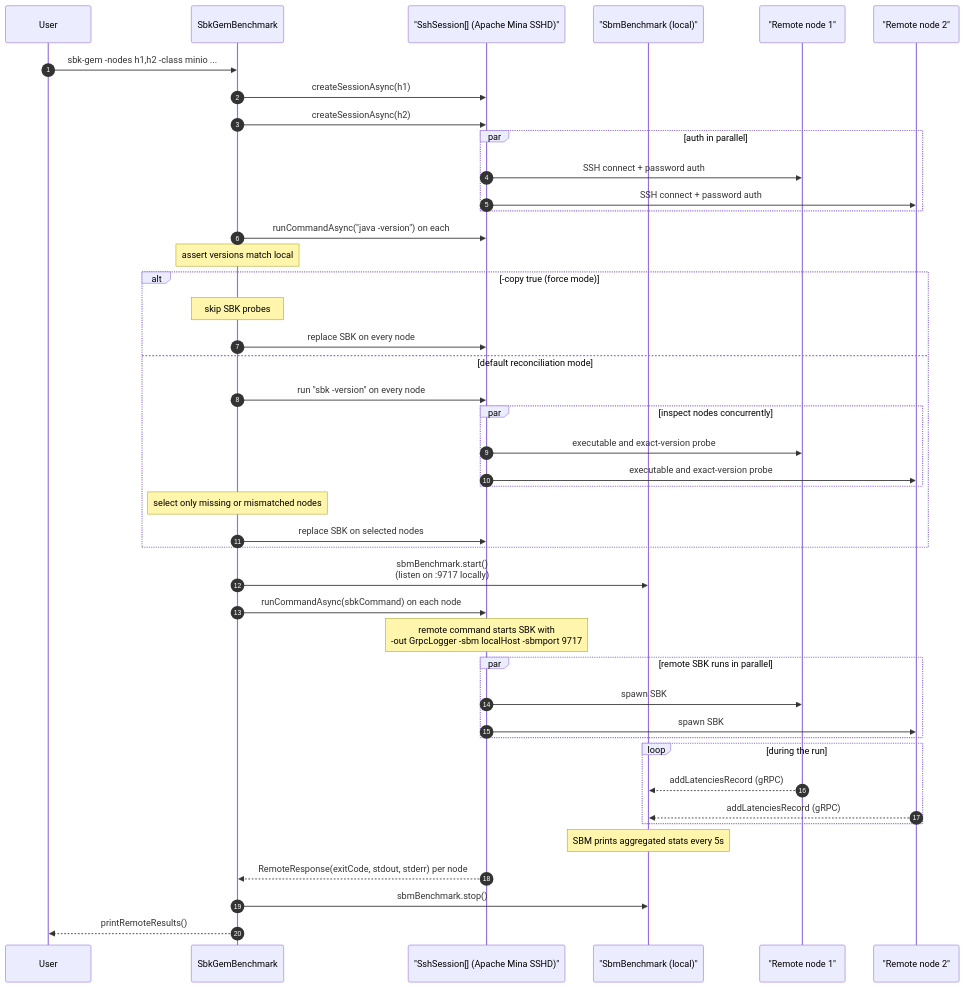
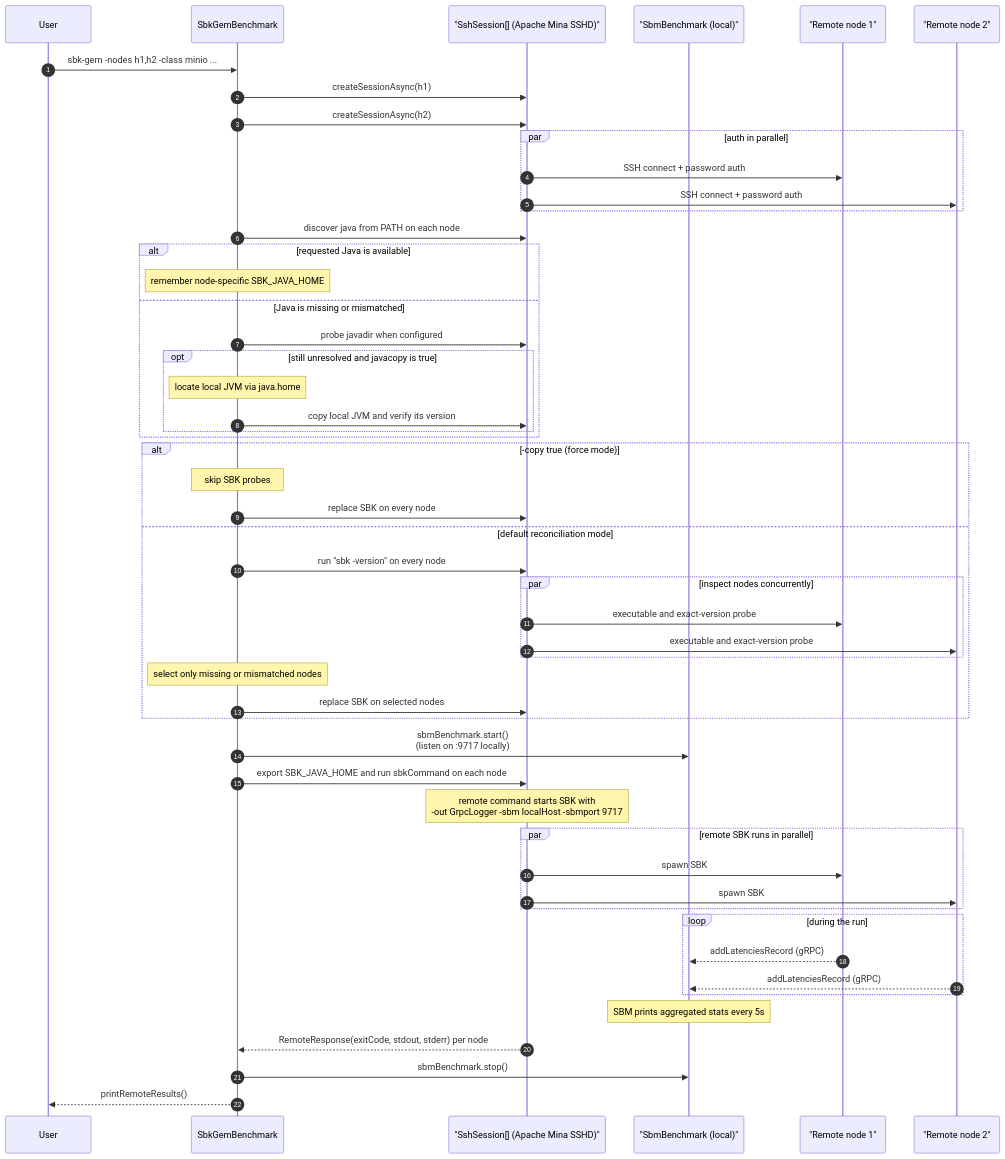
Before and after one commit to kmgowda/SBK: diagram 23 of 36 in docs/sbk-internals.md, drawn with Mermaid. The commit also changed other lines of this file and 13 other files, not shown here.

Commit message:
Add remote Java provisioning to SBK-GEM

````diff
--- a/docs/sbk-internals.md
+++ b/docs/sbk-internals.md
@@ -1676,55 +1676,63 @@
 ```mermaid
 sequenceDiagram
     autonumber
     participant User
     participant GEM as SbkGemBenchmark
     participant SSH as "SshSession[] (Apache Mina SSHD)"
     participant SBM as "SbmBenchmark (local)"
     participant N1 as "Remote node 1"
     participant N2 as "Remote node 2"
 
     User->>GEM: sbk-gem -nodes h1,h2 -class minio ...
     GEM->>SSH: createSessionAsync(h1)
     GEM->>SSH: createSessionAsync(h2)
     par auth in parallel
         SSH->>N1: SSH connect + password auth
         SSH->>N2: SSH connect + password auth
     end
 
-    GEM->>SSH: runCommandAsync("java -version") on each
-    Note over GEM: assert versions match local
+    GEM->>SSH: discover java from PATH on each node
+    alt requested Java is available
+        Note over GEM: remember node-specific SBK_JAVA_HOME
+    else Java is missing or mismatched
+        GEM->>SSH: probe javadir when configured
+        opt still unresolved and javacopy is true
+            Note over GEM: locate local JVM via java.home
+            GEM->>SSH: copy local JVM and verify its version
+        end
+    end
 
     alt -copy true (force mode)
         Note over GEM: skip SBK probes
         GEM->>SSH: replace SBK on every node
     else default reconciliation mode
         GEM->>SSH: run "sbk -version" on every node
         par inspect nodes concurrently
             SSH->>N1: executable and exact-version probe
             SSH->>N2: executable and exact-version probe
         end
         Note over GEM: select only missing or mismatched nodes
         GEM->>SSH: replace SBK on selected nodes
     end
 
     GEM->>SBM: sbmBenchmark.start()<br/>(listen on :9717 locally)
 
-    GEM->>SSH: runCommandAsync(sbkCommand) on each node
+    GEM->>SSH: export SBK_JAVA_HOME and run sbkCommand on each node
     Note over SSH: remote command starts SBK with<br/>-out GrpcLogger -sbm localHost -sbmport 9717
 
     par remote SBK runs in parallel
         SSH->>N1: spawn SBK
         SSH->>N2: spawn SBK
     end
 
     loop during the run
         N1-->>SBM: addLatenciesRecord (gRPC)
         N2-->>SBM: addLatenciesRecord (gRPC)
     end
 
     Note over SBM: SBM prints aggregated stats every 5s
 
     SSH-->>GEM: RemoteResponse(exitCode, stdout, stderr) per node
     GEM->>SBM: sbmBenchmark.stop()
 GEM-->>User: printRemoteResults()
 ```
````
